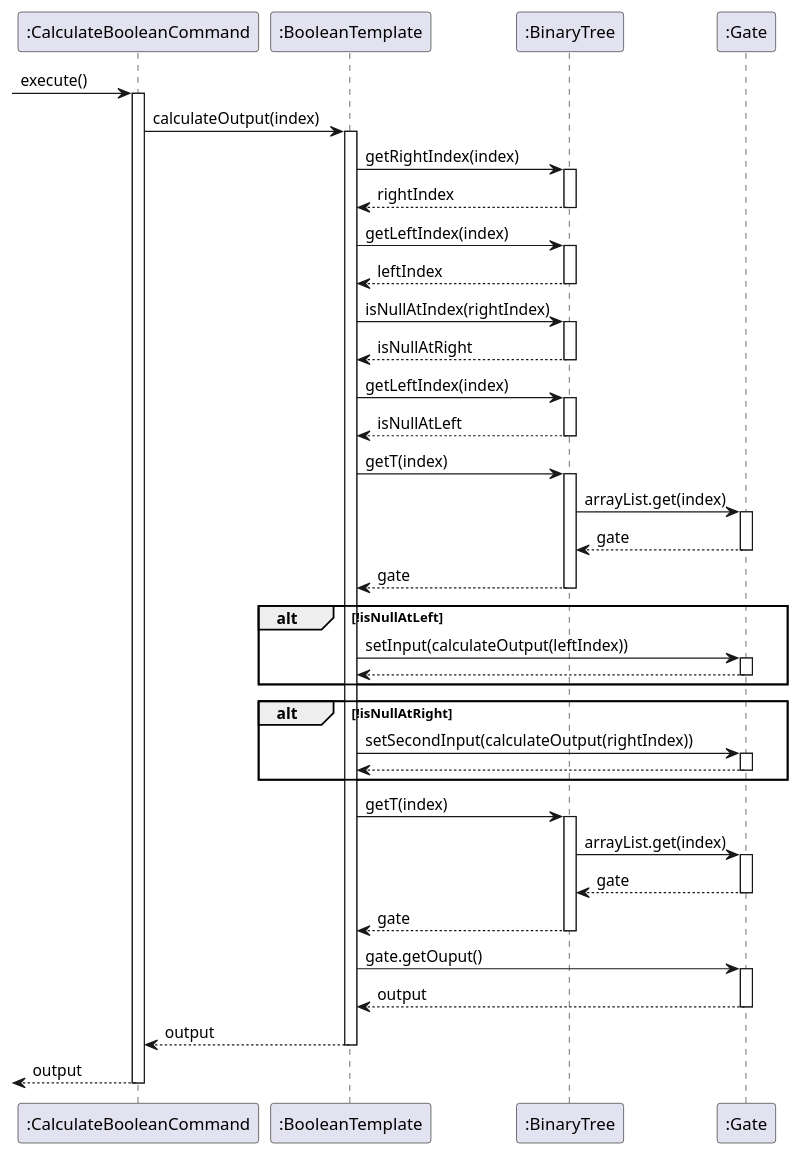
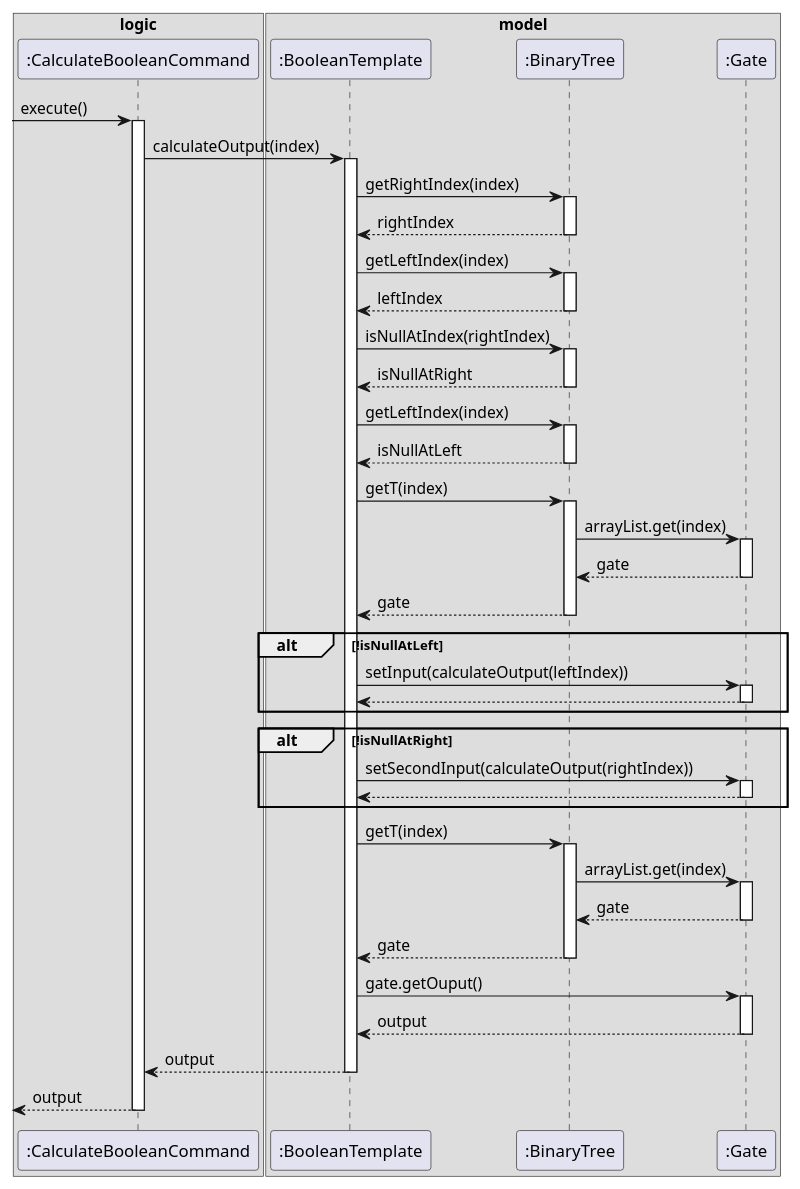
One commit to sevenseasofbri/tp changed the diagram in docs/diagrams/CalcBooleanCommand.puml. Above: the diagram before and after it, drawn with PlantUML. The commit also changed 28 other files, not shown here.

Commit message:
Update UML diagram consistency

```diff
--- a/docs/diagrams/CalcBooleanCommand.puml
+++ b/docs/diagrams/CalcBooleanCommand.puml
@@ -1,90 +1,101 @@
 @startuml
-[-> ":CalculateBooleanCommand" : execute()
-activate ":CalculateBooleanCommand"
 
-":CalculateBooleanCommand" -> ":BooleanTemplate" : calculateOutput(index)
-activate ":BooleanTemplate"
+box logic
+participant ":CalculateBooleanCommand" as Calc
+end box
 
-":BooleanTemplate" -> ":BinaryTree" : getRightIndex(index)
-activate ":BinaryTree"
+box model
+participant ":BooleanTemplate" as Bool
+participant ":BinaryTree" as BT
+participant ":Gate" as Gate
+end box
 
-":BinaryTree" --> ":BooleanTemplate" : rightIndex
-deactivate ":BinaryTree"
+[-> Calc : execute()
+activate Calc
 
-":BooleanTemplate" -> ":BinaryTree" : getLeftIndex(index)
-activate ":BinaryTree"
+Calc -> Bool : calculateOutput(index)
+activate Bool
 
-":BinaryTree" --> ":BooleanTemplate" : leftIndex
-deactivate ":BinaryTree"
+Bool -> BT : getRightIndex(index)
+activate BT
 
-":BooleanTemplate" -> ":BinaryTree" : isNullAtIndex(rightIndex)
-activate ":BinaryTree"
+BT --> Bool : rightIndex
+deactivate BT
 
-":BinaryTree" --> ":BooleanTemplate" : isNullAtRight
-deactivate ":BinaryTree"
+Bool -> BT : getLeftIndex(index)
+activate BT
 
-":BooleanTemplate" -> ":BinaryTree" : getLeftIndex(index)
-activate ":BinaryTree"
+BT --> Bool : leftIndex
+deactivate BT
 
-":BinaryTree" --> ":BooleanTemplate" : isNullAtLeft
-deactivate ":BinaryTree"
+Bool -> BT : isNullAtIndex(rightIndex)
+activate BT
 
-":BooleanTemplate" -> ":BinaryTree": getT(index)
-activate ":BinaryTree"
+BT --> Bool : isNullAtRight
+deactivate BT
 
-":BinaryTree" -> ":Gate" : arrayList.get(index)
-activate ":Gate"
+Bool -> BT : getLeftIndex(index)
+activate BT
 
-":Gate" --> ":BinaryTree" : gate
-deactivate ":Gate"
+BT --> Bool : isNullAtLeft
+deactivate BT
 
-":BinaryTree" --> ":BooleanTemplate": gate
-deactivate ":BinaryTree"
+Bool -> BT: getT(index)
+activate BT
+
+BT -> Gate : arrayList.get(index)
+activate Gate
+
+Gate --> BT : gate
+deactivate Gate
+
+BT --> Bool: gate
+deactivate BT
 
 alt !isNullAtLeft
 
-":BooleanTemplate" -> ":Gate": setInput(calculateOutput(leftIndex))
-activate ":Gate"
+Bool -> Gate: setInput(calculateOutput(leftIndex))
+activate Gate
 
-":Gate" --> ":BooleanTemplate"
-deactivate ":Gate"
+Gate --> Bool
+deactivate Gate
 
 end
 
 alt !isNullAtRight
 
-":BooleanTemplate" -> ":Gate" : setSecondInput(calculateOutput(rightIndex))
-activate ":Gate"
+Bool -> Gate : setSecondInput(calculateOutput(rightIndex))
+activate Gate
 
-":Gate" --> ":BooleanTemplate"
-deactivate ":Gate"
+Gate --> Bool
+deactivate Gate
 
 end
 
-deactivate ":Gate"
-deactivate ":Gate"
+deactivate Gate
+deactivate Gate
 
-":BooleanTemplate" -> ":BinaryTree": getT(index)
-activate ":BinaryTree"
+Bool -> BT: getT(index)
+activate BT
 
-":BinaryTree" -> ":Gate": arrayList.get(index)
-activate ":Gate"
+BT -> Gate: arrayList.get(index)
+activate Gate
 
-":Gate" --> ":BinaryTree" : gate
-deactivate ":Gate"
+Gate --> BT : gate
+deactivate Gate
 
-":BinaryTree" --> ":BooleanTemplate" : gate
-deactivate ":BinaryTree"
+BT --> Bool : gate
+deactivate BT
 
-":BooleanTemplate" -> ":Gate" : gate.getOuput()
-activate ":Gate"
+Bool -> Gate : gate.getOuput()
+activate Gate
 
-":Gate" --> ":BooleanTemplate": output
-deactivate ":Gate"
+Gate --> Bool: output
+deactivate Gate
 
-":BooleanTemplate" --> ":CalculateBooleanCommand": output
-deactivate ":BooleanTemplate"
+Bool --> Calc: output
+deactivate Bool
 
-[<-- ":CalculateBooleanCommand": output
-deactivate ":CalculateBooleanCommand"
+[<-- Calc: output
+deactivate Calc
 @enduml
```
